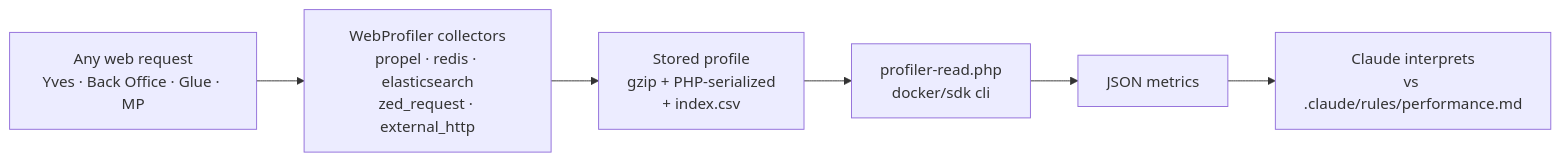
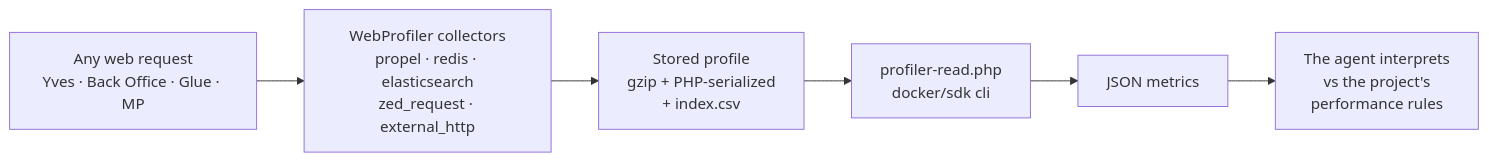
Before and after one commit to spryker-sdk/ai-dev: the second of 4 diagrams in plugins/spryker-ai-dev-sdk/skills/spryker-profiler/README.md, drawn with Mermaid. The commit also changed other lines of this file and 128 other files, not shown here.

````diff
--- a/plugins/spryker-ai-dev-sdk/skills/spryker-profiler/README.md
+++ b/plugins/spryker-ai-dev-sdk/skills/spryker-profiler/README.md
@@ -118,8 +118,8 @@
 ```mermaid
 flowchart LR
     R["Any web request<br/>Yves · Back Office · Glue · MP"] --> C["WebProfiler collectors<br/>propel · redis · elasticsearch<br/>zed_request · external_http"]
     C --> S["Stored profile<br/>gzip + PHP-serialized<br/>+ index.csv"]
     S --> P["profiler-read.php<br/>docker/sdk cli"]
     P --> J["JSON metrics"]
-    J --> A["Claude interprets<br/>vs .claude/rules/performance.md"]
+    J --> A["The agent interprets<br/>vs the project's<br/>performance rules"]
 ```
````
